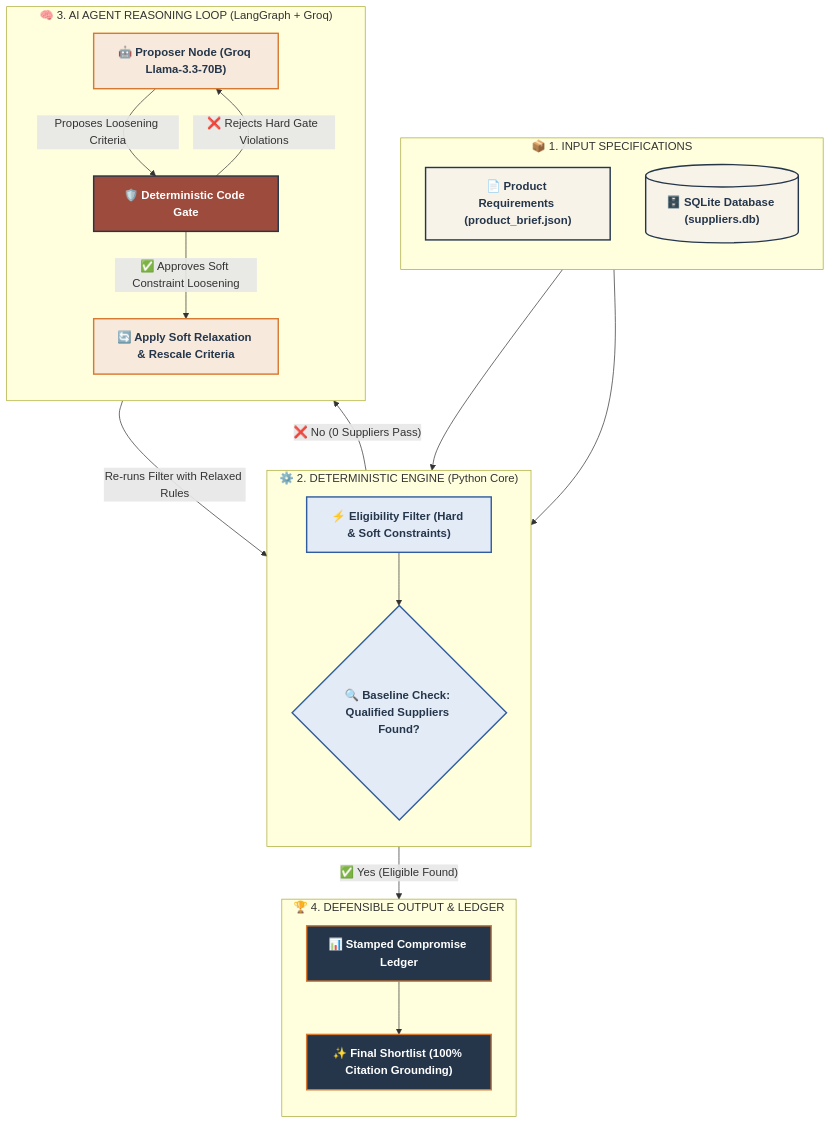
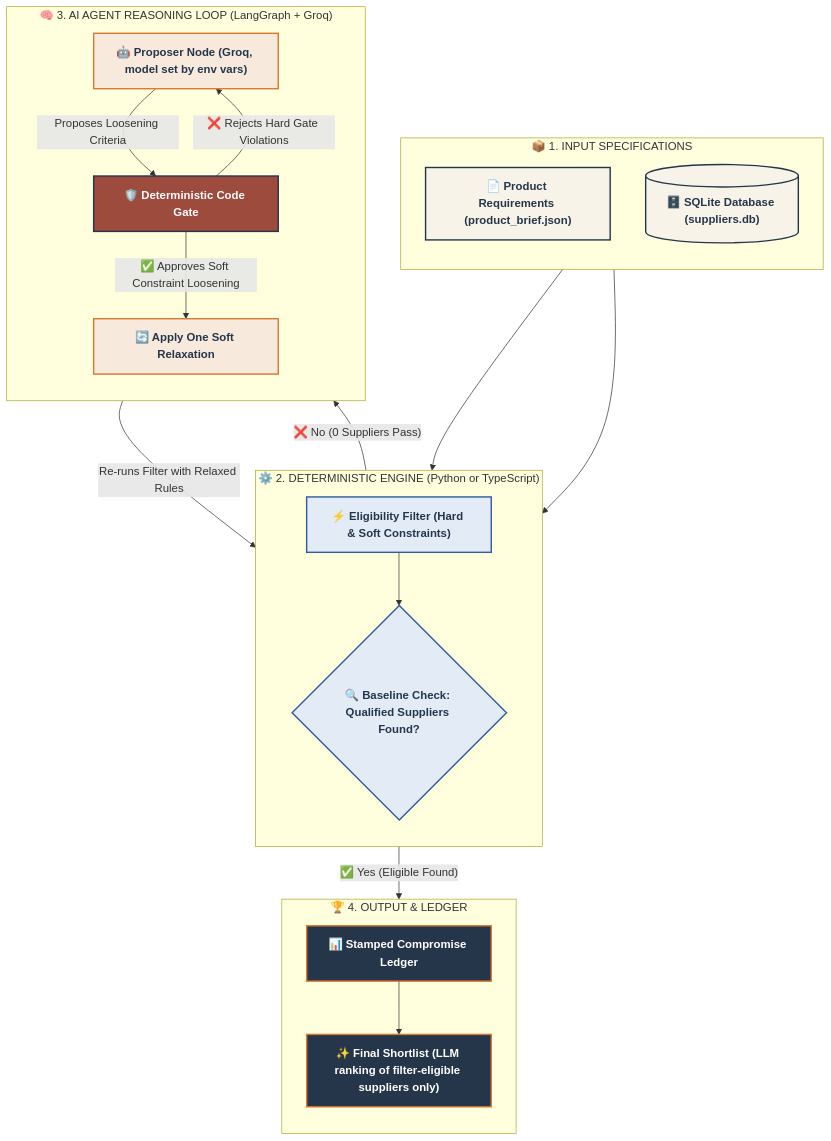
The diagram in README.md (AdeenaRamzan/Source-fix), drawn with Mermaid before and after one commit. The commit also changed other lines of this file and 1 other file, not shown here.

````diff
--- a/README.md
+++ b/README.md
@@ -41,54 +42,54 @@
 ```mermaid
 flowchart TB
     subgraph IN ["📦 1. INPUT SPECIFICATIONS"]
         direction TB
         A["📄 Product Requirements (product_brief.json)"]
         B[("🗄️ SQLite Database (suppliers.db)")]
     end
 
-    subgraph ENGINE ["⚙️ 2. DETERMINISTIC ENGINE (Python Core)"]
+    subgraph ENGINE ["⚙️ 2. DETERMINISTIC ENGINE (Python or TypeScript)"]
         direction TB
         C["⚡ Eligibility Filter (Hard & Soft Constraints)"]
         D{"🔍 Baseline Check: Qualified Suppliers Found?"}
     end
 
     subgraph LLM ["🧠 3. AI AGENT REASONING LOOP (LangGraph + Groq)"]
         direction TB
-        E["🤖 Proposer Node (Groq Llama-3.3-70B)"]
+        E["🤖 Proposer Node (Groq, model set by env vars)"]
         F["🛡️ Deterministic Code Gate"]
-        G["🔄 Apply Soft Relaxation & Rescale Criteria"]
+        G["🔄 Apply One Soft Relaxation"]
     end
 
-    subgraph OUT ["🏆 4. DEFENSIBLE OUTPUT & LEDGER"]
+    subgraph OUT ["🏆 4. OUTPUT & LEDGER"]
         direction TB
         H["📊 Stamped Compromise Ledger"]
-        I["✨ Final Shortlist (100% Citation Grounding)"]
+        I["✨ Final Shortlist (LLM ranking of filter-eligible suppliers only)"]
     end
 
     A --> C
     B --> C
     C --> D
     
     D -->|"✅ Yes (Eligible Found)"| H
     D -->|"❌ No (0 Suppliers Pass)"| E
     
     E -->|"Proposes Loosening Criteria"| F
     F -->|"❌ Rejects Hard Gate Violations"| E
     F -->|"✅ Approves Soft Constraint Loosening"| G
     
     G -->|"Re-runs Filter with Relaxed Rules"| D
     H --> I
 
     %% Theme Styling
     classDef inputStyle fill:#f8f3e9,stroke:#25364b,stroke-width:2px,color:#25364b,font-weight:bold;
     classDef engineStyle fill:#e3ebf7,stroke:#315d9e,stroke-width:2px,color:#25364b,font-weight:bold;
     classDef llmStyle fill:#f7e9db,stroke:#d77931,stroke-width:2px,color:#25364b,font-weight:bold;
     classDef outputStyle fill:#25364b,stroke:#d77931,stroke-width:2px,color:#ffffff,font-weight:bold;
     classDef gateStyle fill:#9d4b3d,stroke:#25364b,stroke-width:2px,color:#ffffff,font-weight:bold;
 
     class A,B inputStyle;
     class C,D engineStyle;
     class E,G llmStyle;
     class F gateStyle;
     class H,I outputStyle;
 ```
````
